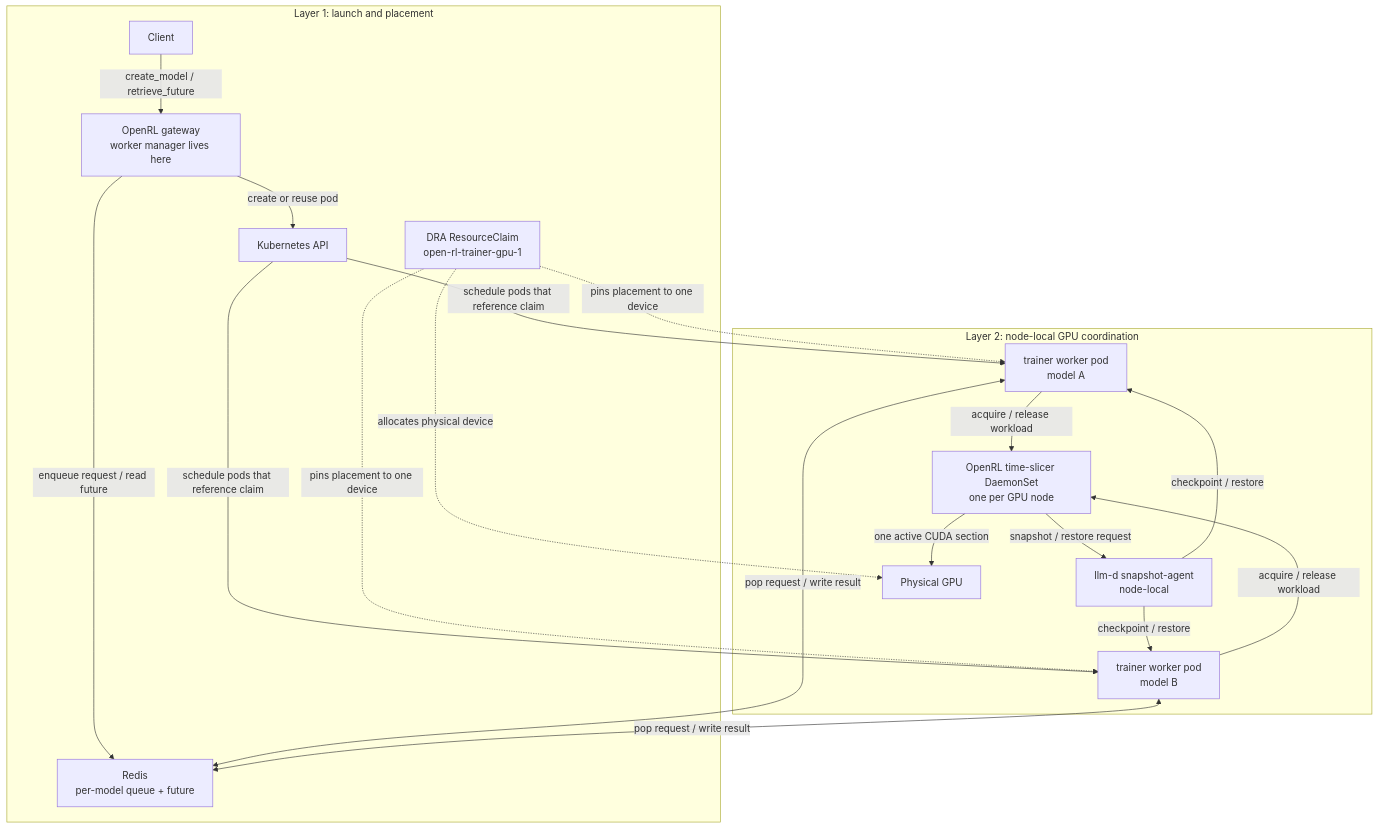
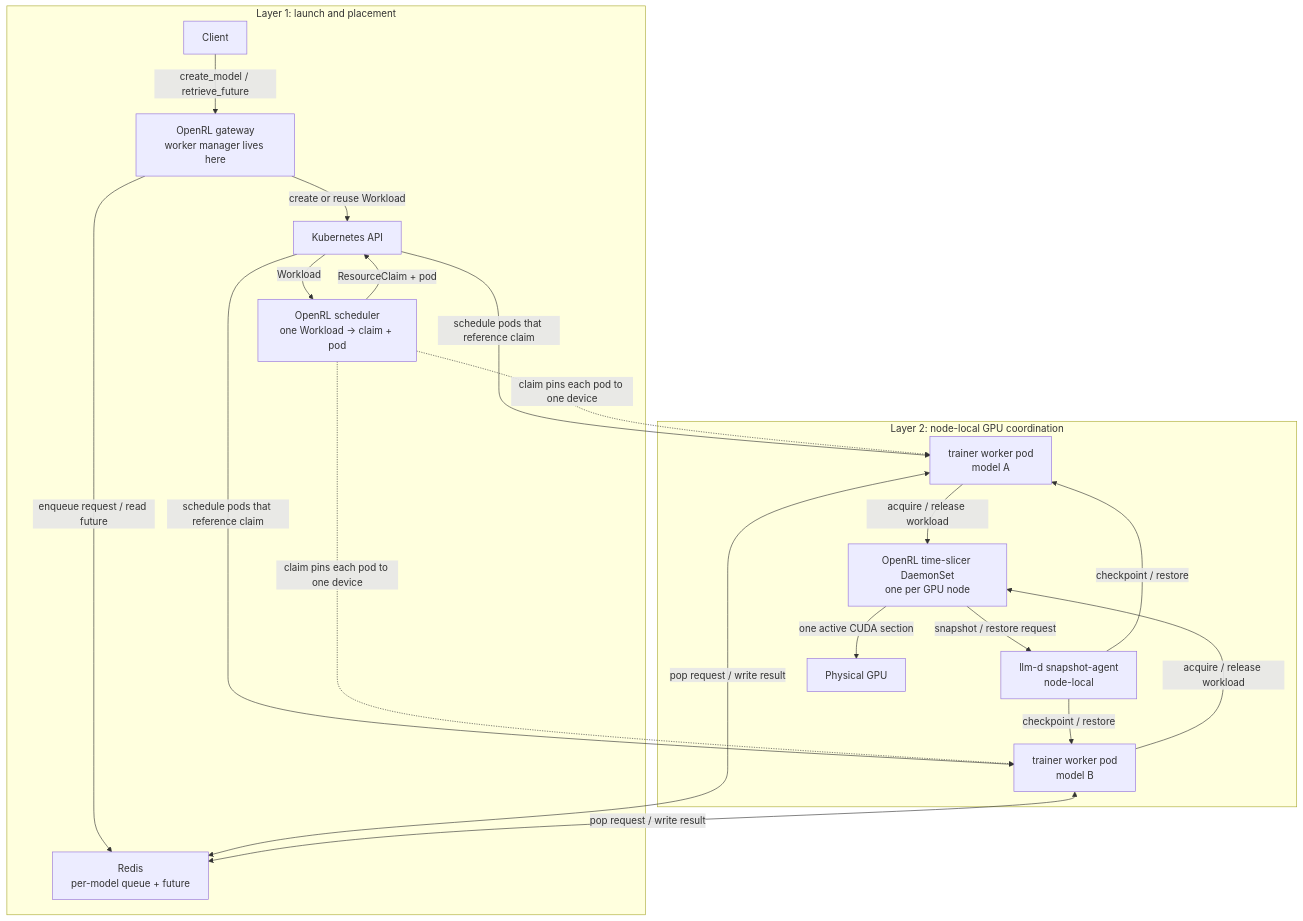
Before and after one commit to ShubyM/open-rl: the first of 2 diagrams in docs/setup/gke-fft-timeslice.md, drawn with Mermaid. The commit also changed other lines of this file and 26 other files, not shown here.

````diff
--- a/docs/setup/gke-fft-timeslice.md
+++ b/docs/setup/gke-fft-timeslice.md
@@ -56,36 +60,37 @@
 ```mermaid
 flowchart TD
     subgraph launch["Layer 1: launch and placement"]
         client["Client"]
         gateway["OpenRL gateway\nworker manager lives here"]
         kube["Kubernetes API"]
         redis["Redis\nper-model queue + future"]
-        claim["DRA ResourceClaim\nopen-rl-trainer-gpu-1"]
+        scheduler["OpenRL scheduler\none Workload -> claim + pod"]
     end
 
     subgraph node["Layer 2: node-local GPU coordination"]
         workerA["trainer worker pod\nmodel A"]
         workerB["trainer worker pod\nmodel B"]
         agent["OpenRL time-slicer DaemonSet\none per GPU node"]
         llmd["llm-d snapshot-agent\nnode-local"]
         gpu["Physical GPU"]
     end
 
     client -->|"create_model / retrieve_future"| gateway
-    gateway -->|"create or reuse pod"| kube
+    gateway -->|"create or reuse Workload"| kube
+    kube -->|"Workload"| scheduler
+    scheduler -->|"ResourceClaim + pod"| kube
     gateway -->|"enqueue request / read future"| redis
     kube -->|"schedule pods that reference claim"| workerA
     kube -->|"schedule pods that reference claim"| workerB
-    claim -.->|"pins placement to one device"| workerA
-    claim -.->|"pins placement to one device"| workerB
-    claim -.->|"allocates physical device"| gpu
+    scheduler -.->|"claim pins each pod to one device"| workerA
+    scheduler -.->|"claim pins each pod to one device"| workerB
 
     workerA <-->|"pop request / write result"| redis
     workerB <-->|"pop request / write result"| redis
     workerA -->|"acquire / release workload"| agent
     workerB -->|"acquire / release workload"| agent
     agent -->|"snapshot / restore request"| llmd
     llmd -->|"checkpoint / restore"| workerA
     llmd -->|"checkpoint / restore"| workerB
     agent -->|"one active CUDA section"| gpu
 ```
````
